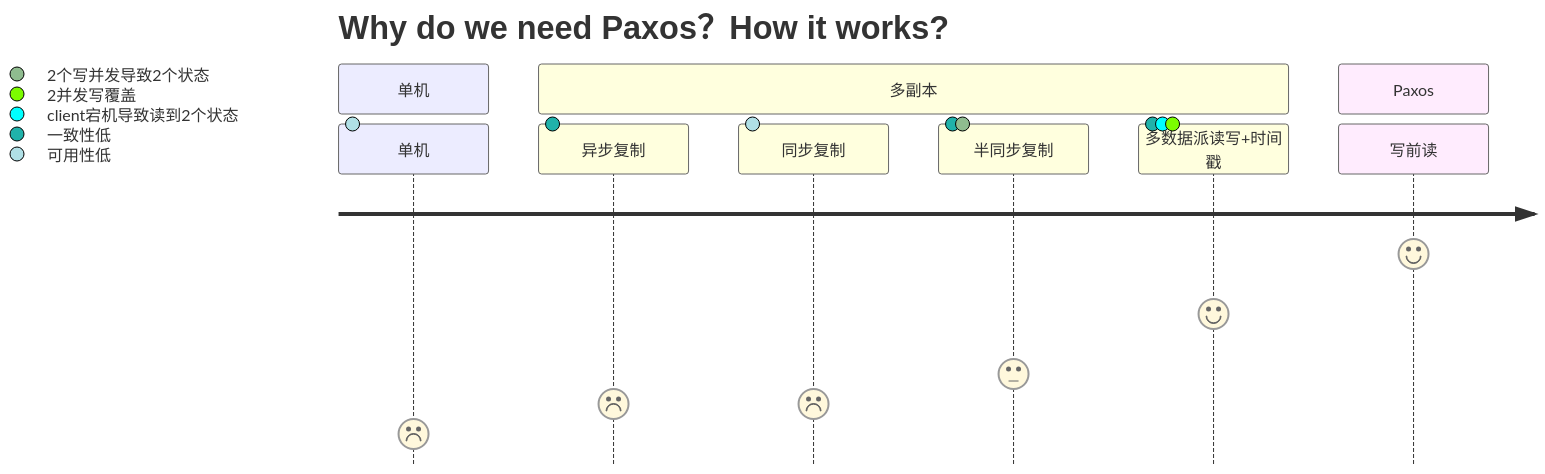
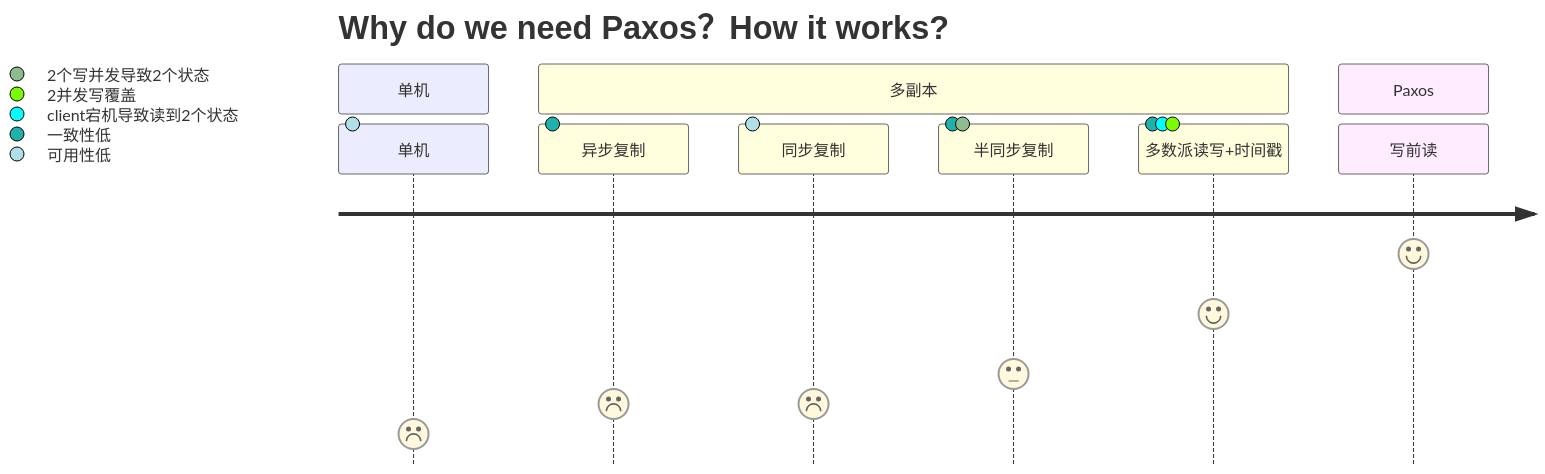
The first of 2 diagrams in source/_posts/Why-do-we-need-Paxos-and-and-How-it-works.md (lhyundeadsoul/blog), drawn with Mermaid before and after one commit.

Commit message:
edit post

```diff
--- a/source/_posts/Why-do-we-need-Paxos-and-and-How-it-works.md
+++ b/source/_posts/Why-do-we-need-Paxos-and-and-How-it-works.md
@@ -10,13 +10,13 @@
 {% mermaid journey %}
 %%{init: {'theme':'default'}}%%
 	title Why do we need Paxos？How it works?
 	section 单机
 		单机: 1 : 可用性低
 	section 多副本
 		异步复制:  2: 一致性低
 		同步复制:  2: 可用性低
 		半同步复制:  3: 一致性低, 2个写并发导致2个状态
-		多数据派读写+时间戳: 5: 一致性低, client宕机导致读到2个状态, 2并发写覆盖
+		多数派读写+时间戳: 5: 一致性低, client宕机导致读到2个状态, 2并发写覆盖
 	section Paxos
 		写前读: 7
 {% endmermaid %}
```
